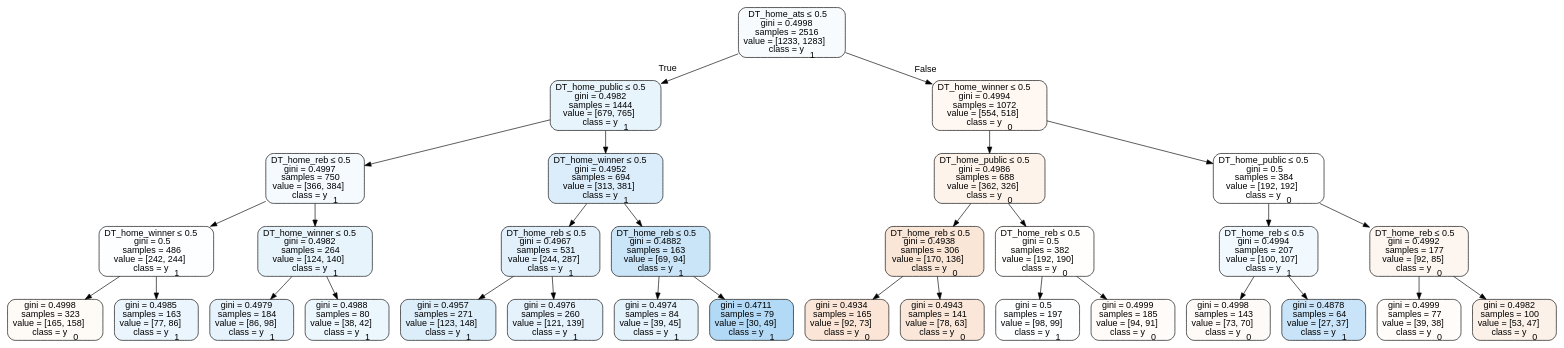
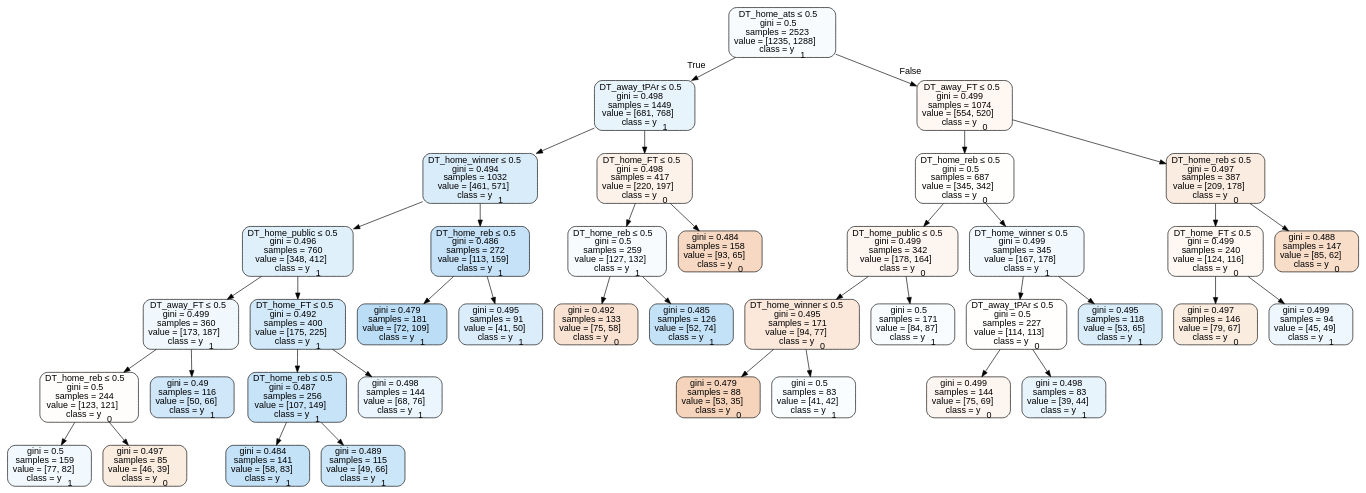
Before and after one commit to usbogie/ncaa-bets: the diagram in Basketball/data/trees/tree2012neutral.dot, drawn with Graphviz. The commit also changed 35 other files, not shown here.

```diff
--- a/Basketball/data/trees/tree2012neutral.dot
+++ b/Basketball/data/trees/tree2012neutral.dot
@@ -1,65 +1,81 @@
 digraph Tree {
 node [shape=box, style="filled, rounded", color="black", fontname=helvetica] ;
 edge [fontname=helvetica] ;
-0 [label=<DT_home_ats &le; 0.5<br/>gini = 0.4998<br/>samples = 2516<br/>value = [1233, 1283]<br/>class = y<SUB>1</SUB>>, fillcolor="#399de50a"] ;
-1 [label=<DT_home_public &le; 0.5<br/>gini = 0.4982<br/>samples = 1444<br/>value = [679, 765]<br/>class = y<SUB>1</SUB>>, fillcolor="#399de51d"] ;
+0 [label=<DT_home_ats &le; 0.5<br/>gini = 0.5<br/>samples = 2523<br/>value = [1235, 1288]<br/>class = y<SUB>1</SUB>>, fillcolor="#399de50a"] ;
+1 [label=<DT_away_tPAr &le; 0.5<br/>gini = 0.498<br/>samples = 1449<br/>value = [681, 768]<br/>class = y<SUB>1</SUB>>, fillcolor="#399de51d"] ;
 0 -> 1 [labeldistance=2.5, labelangle=45, headlabel="True"] ;
-2 [label=<DT_home_reb &le; 0.5<br/>gini = 0.4997<br/>samples = 750<br/>value = [366, 384]<br/>class = y<SUB>1</SUB>>, fillcolor="#399de50c"] ;
+2 [label=<DT_home_winner &le; 0.5<br/>gini = 0.494<br/>samples = 1032<br/>value = [461, 571]<br/>class = y<SUB>1</SUB>>, fillcolor="#399de531"] ;
 1 -> 2 ;
-3 [label=<DT_home_winner &le; 0.5<br/>gini = 0.5<br/>samples = 486<br/>value = [242, 244]<br/>class = y<SUB>1</SUB>>, fillcolor="#399de502"] ;
+3 [label=<DT_home_public &le; 0.5<br/>gini = 0.496<br/>samples = 760<br/>value = [348, 412]<br/>class = y<SUB>1</SUB>>, fillcolor="#399de528"] ;
 2 -> 3 ;
-4 [label=<gini = 0.4998<br/>samples = 323<br/>value = [165, 158]<br/>class = y<SUB>0</SUB>>, fillcolor="#e581390b"] ;
+4 [label=<DT_away_FT &le; 0.5<br/>gini = 0.499<br/>samples = 360<br/>value = [173, 187]<br/>class = y<SUB>1</SUB>>, fillcolor="#399de513"] ;
 3 -> 4 ;
-5 [label=<gini = 0.4985<br/>samples = 163<br/>value = [77, 86]<br/>class = y<SUB>1</SUB>>, fillcolor="#399de51b"] ;
-3 -> 5 ;
-6 [label=<DT_home_winner &le; 0.5<br/>gini = 0.4982<br/>samples = 264<br/>value = [124, 140]<br/>class = y<SUB>1</SUB>>, fillcolor="#399de51d"] ;
-2 -> 6 ;
-7 [label=<gini = 0.4979<br/>samples = 184<br/>value = [86, 98]<br/>class = y<SUB>1</SUB>>, fillcolor="#399de51f"] ;
-6 -> 7 ;
-8 [label=<gini = 0.4988<br/>samples = 80<br/>value = [38, 42]<br/>class = y<SUB>1</SUB>>, fillcolor="#399de518"] ;
-6 -> 8 ;
-9 [label=<DT_home_winner &le; 0.5<br/>gini = 0.4952<br/>samples = 694<br/>value = [313, 381]<br/>class = y<SUB>1</SUB>>, fillcolor="#399de52e"] ;
-1 -> 9 ;
-10 [label=<DT_home_reb &le; 0.5<br/>gini = 0.4967<br/>samples = 531<br/>value = [244, 287]<br/>class = y<SUB>1</SUB>>, fillcolor="#399de526"] ;
+5 [label=<DT_home_reb &le; 0.5<br/>gini = 0.5<br/>samples = 244<br/>value = [123, 121]<br/>class = y<SUB>0</SUB>>, fillcolor="#e5813904"] ;
+4 -> 5 ;
+6 [label=<gini = 0.5<br/>samples = 159<br/>value = [77, 82]<br/>class = y<SUB>1</SUB>>, fillcolor="#399de510"] ;
+5 -> 6 ;
+7 [label=<gini = 0.497<br/>samples = 85<br/>value = [46, 39]<br/>class = y<SUB>0</SUB>>, fillcolor="#e5813927"] ;
+5 -> 7 ;
+8 [label=<gini = 0.49<br/>samples = 116<br/>value = [50, 66]<br/>class = y<SUB>1</SUB>>, fillcolor="#399de53e"] ;
+4 -> 8 ;
+9 [label=<DT_home_FT &le; 0.5<br/>gini = 0.492<br/>samples = 400<br/>value = [175, 225]<br/>class = y<SUB>1</SUB>>, fillcolor="#399de539"] ;
+3 -> 9 ;
+10 [label=<DT_home_reb &le; 0.5<br/>gini = 0.487<br/>samples = 256<br/>value = [107, 149]<br/>class = y<SUB>1</SUB>>, fillcolor="#399de548"] ;
 9 -> 10 ;
-11 [label=<gini = 0.4957<br/>samples = 271<br/>value = [123, 148]<br/>class = y<SUB>1</SUB>>, fillcolor="#399de52b"] ;
+11 [label=<gini = 0.484<br/>samples = 141<br/>value = [58, 83]<br/>class = y<SUB>1</SUB>>, fillcolor="#399de54d"] ;
 10 -> 11 ;
-12 [label=<gini = 0.4976<br/>samples = 260<br/>value = [121, 139]<br/>class = y<SUB>1</SUB>>, fillcolor="#399de521"] ;
+12 [label=<gini = 0.489<br/>samples = 115<br/>value = [49, 66]<br/>class = y<SUB>1</SUB>>, fillcolor="#399de542"] ;
 10 -> 12 ;
-13 [label=<DT_home_reb &le; 0.5<br/>gini = 0.4882<br/>samples = 163<br/>value = [69, 94]<br/>class = y<SUB>1</SUB>>, fillcolor="#399de544"] ;
+13 [label=<gini = 0.498<br/>samples = 144<br/>value = [68, 76]<br/>class = y<SUB>1</SUB>>, fillcolor="#399de51b"] ;
 9 -> 13 ;
-14 [label=<gini = 0.4974<br/>samples = 84<br/>value = [39, 45]<br/>class = y<SUB>1</SUB>>, fillcolor="#399de522"] ;
-13 -> 14 ;
-15 [label=<gini = 0.4711<br/>samples = 79<br/>value = [30, 49]<br/>class = y<SUB>1</SUB>>, fillcolor="#399de563"] ;
-13 -> 15 ;
-16 [label=<DT_home_winner &le; 0.5<br/>gini = 0.4994<br/>samples = 1072<br/>value = [554, 518]<br/>class = y<SUB>0</SUB>>, fillcolor="#e5813911"] ;
-0 -> 16 [labeldistance=2.5, labelangle=-45, headlabel="False"] ;
-17 [label=<DT_home_public &le; 0.5<br/>gini = 0.4986<br/>samples = 688<br/>value = [362, 326]<br/>class = y<SUB>0</SUB>>, fillcolor="#e5813919"] ;
-16 -> 17 ;
-18 [label=<DT_home_reb &le; 0.5<br/>gini = 0.4938<br/>samples = 306<br/>value = [170, 136]<br/>class = y<SUB>0</SUB>>, fillcolor="#e5813933"] ;
+14 [label=<DT_home_reb &le; 0.5<br/>gini = 0.486<br/>samples = 272<br/>value = [113, 159]<br/>class = y<SUB>1</SUB>>, fillcolor="#399de54a"] ;
+2 -> 14 ;
+15 [label=<gini = 0.479<br/>samples = 181<br/>value = [72, 109]<br/>class = y<SUB>1</SUB>>, fillcolor="#399de557"] ;
+14 -> 15 ;
+16 [label=<gini = 0.495<br/>samples = 91<br/>value = [41, 50]<br/>class = y<SUB>1</SUB>>, fillcolor="#399de52e"] ;
+14 -> 16 ;
+17 [label=<DT_home_FT &le; 0.5<br/>gini = 0.498<br/>samples = 417<br/>value = [220, 197]<br/>class = y<SUB>0</SUB>>, fillcolor="#e581391b"] ;
+1 -> 17 ;
+18 [label=<DT_home_reb &le; 0.5<br/>gini = 0.5<br/>samples = 259<br/>value = [127, 132]<br/>class = y<SUB>1</SUB>>, fillcolor="#399de50a"] ;
 17 -> 18 ;
-19 [label=<gini = 0.4934<br/>samples = 165<br/>value = [92, 73]<br/>class = y<SUB>0</SUB>>, fillcolor="#e5813935"] ;
+19 [label=<gini = 0.492<br/>samples = 133<br/>value = [75, 58]<br/>class = y<SUB>0</SUB>>, fillcolor="#e581393a"] ;
 18 -> 19 ;
-20 [label=<gini = 0.4943<br/>samples = 141<br/>value = [78, 63]<br/>class = y<SUB>0</SUB>>, fillcolor="#e5813931"] ;
+20 [label=<gini = 0.485<br/>samples = 126<br/>value = [52, 74]<br/>class = y<SUB>1</SUB>>, fillcolor="#399de54c"] ;
 18 -> 20 ;
-21 [label=<DT_home_reb &le; 0.5<br/>gini = 0.5<br/>samples = 382<br/>value = [192, 190]<br/>class = y<SUB>0</SUB>>, fillcolor="#e5813903"] ;
+21 [label=<gini = 0.484<br/>samples = 158<br/>value = [93, 65]<br/>class = y<SUB>0</SUB>>, fillcolor="#e581394d"] ;
 17 -> 21 ;
-22 [label=<gini = 0.5<br/>samples = 197<br/>value = [98, 99]<br/>class = y<SUB>1</SUB>>, fillcolor="#399de503"] ;
-21 -> 22 ;
-23 [label=<gini = 0.4999<br/>samples = 185<br/>value = [94, 91]<br/>class = y<SUB>0</SUB>>, fillcolor="#e5813908"] ;
-21 -> 23 ;
-24 [label=<DT_home_public &le; 0.5<br/>gini = 0.5<br/>samples = 384<br/>value = [192, 192]<br/>class = y<SUB>0</SUB>>, fillcolor="#e5813900"] ;
-16 -> 24 ;
-25 [label=<DT_home_reb &le; 0.5<br/>gini = 0.4994<br/>samples = 207<br/>value = [100, 107]<br/>class = y<SUB>1</SUB>>, fillcolor="#399de511"] ;
+22 [label=<DT_away_FT &le; 0.5<br/>gini = 0.499<br/>samples = 1074<br/>value = [554, 520]<br/>class = y<SUB>0</SUB>>, fillcolor="#e5813910"] ;
+0 -> 22 [labeldistance=2.5, labelangle=-45, headlabel="False"] ;
+23 [label=<DT_home_reb &le; 0.5<br/>gini = 0.5<br/>samples = 687<br/>value = [345, 342]<br/>class = y<SUB>0</SUB>>, fillcolor="#e5813902"] ;
+22 -> 23 ;
+24 [label=<DT_home_public &le; 0.5<br/>gini = 0.499<br/>samples = 342<br/>value = [178, 164]<br/>class = y<SUB>0</SUB>>, fillcolor="#e5813914"] ;
+23 -> 24 ;
+25 [label=<DT_home_winner &le; 0.5<br/>gini = 0.495<br/>samples = 171<br/>value = [94, 77]<br/>class = y<SUB>0</SUB>>, fillcolor="#e581392e"] ;
 24 -> 25 ;
-26 [label=<gini = 0.4998<br/>samples = 143<br/>value = [73, 70]<br/>class = y<SUB>0</SUB>>, fillcolor="#e581390a"] ;
+26 [label=<gini = 0.479<br/>samples = 88<br/>value = [53, 35]<br/>class = y<SUB>0</SUB>>, fillcolor="#e5813957"] ;
 25 -> 26 ;
-27 [label=<gini = 0.4878<br/>samples = 64<br/>value = [27, 37]<br/>class = y<SUB>1</SUB>>, fillcolor="#399de545"] ;
+27 [label=<gini = 0.5<br/>samples = 83<br/>value = [41, 42]<br/>class = y<SUB>1</SUB>>, fillcolor="#399de506"] ;
 25 -> 27 ;
-28 [label=<DT_home_reb &le; 0.5<br/>gini = 0.4992<br/>samples = 177<br/>value = [92, 85]<br/>class = y<SUB>0</SUB>>, fillcolor="#e5813913"] ;
+28 [label=<gini = 0.5<br/>samples = 171<br/>value = [84, 87]<br/>class = y<SUB>1</SUB>>, fillcolor="#399de509"] ;
 24 -> 28 ;
-29 [label=<gini = 0.4999<br/>samples = 77<br/>value = [39, 38]<br/>class = y<SUB>0</SUB>>, fillcolor="#e5813907"] ;
-28 -> 29 ;
-30 [label=<gini = 0.4982<br/>samples = 100<br/>value = [53, 47]<br/>class = y<SUB>0</SUB>>, fillcolor="#e581391d"] ;
-28 -> 30 ;
+29 [label=<DT_home_winner &le; 0.5<br/>gini = 0.499<br/>samples = 345<br/>value = [167, 178]<br/>class = y<SUB>1</SUB>>, fillcolor="#399de510"] ;
+23 -> 29 ;
+30 [label=<DT_away_tPAr &le; 0.5<br/>gini = 0.5<br/>samples = 227<br/>value = [114, 113]<br/>class = y<SUB>0</SUB>>, fillcolor="#e5813902"] ;
+29 -> 30 ;
+31 [label=<gini = 0.499<br/>samples = 144<br/>value = [75, 69]<br/>class = y<SUB>0</SUB>>, fillcolor="#e5813914"] ;
+30 -> 31 ;
+32 [label=<gini = 0.498<br/>samples = 83<br/>value = [39, 44]<br/>class = y<SUB>1</SUB>>, fillcolor="#399de51d"] ;
+30 -> 32 ;
+33 [label=<gini = 0.495<br/>samples = 118<br/>value = [53, 65]<br/>class = y<SUB>1</SUB>>, fillcolor="#399de52f"] ;
+29 -> 33 ;
+34 [label=<DT_home_reb &le; 0.5<br/>gini = 0.497<br/>samples = 387<br/>value = [209, 178]<br/>class = y<SUB>0</SUB>>, fillcolor="#e5813926"] ;
+22 -> 34 ;
+35 [label=<DT_home_FT &le; 0.5<br/>gini = 0.499<br/>samples = 240<br/>value = [124, 116]<br/>class = y<SUB>0</SUB>>, fillcolor="#e5813910"] ;
+34 -> 35 ;
+36 [label=<gini = 0.497<br/>samples = 146<br/>value = [79, 67]<br/>class = y<SUB>0</SUB>>, fillcolor="#e5813927"] ;
+35 -> 36 ;
+37 [label=<gini = 0.499<br/>samples = 94<br/>value = [45, 49]<br/>class = y<SUB>1</SUB>>, fillcolor="#399de515"] ;
+35 -> 37 ;
+38 [label=<gini = 0.488<br/>samples = 147<br/>value = [85, 62]<br/>class = y<SUB>0</SUB>>, fillcolor="#e5813945"] ;
+34 -> 38 ;
 }
```
